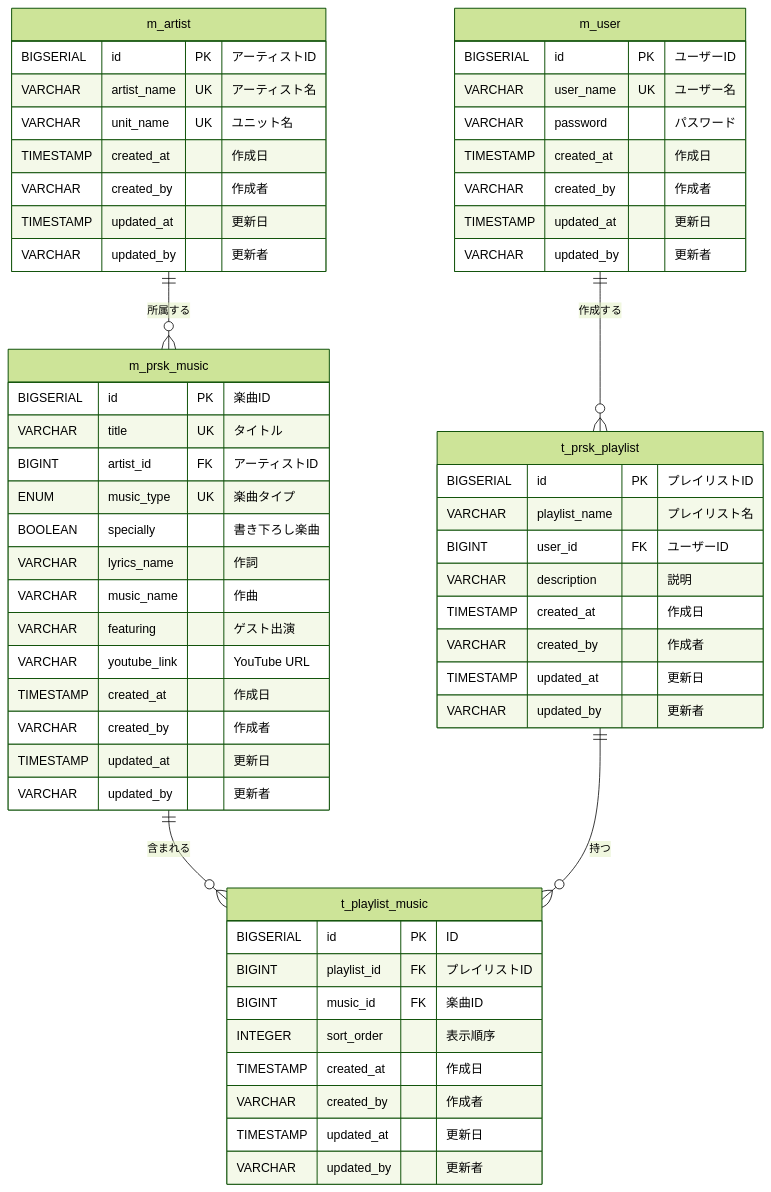
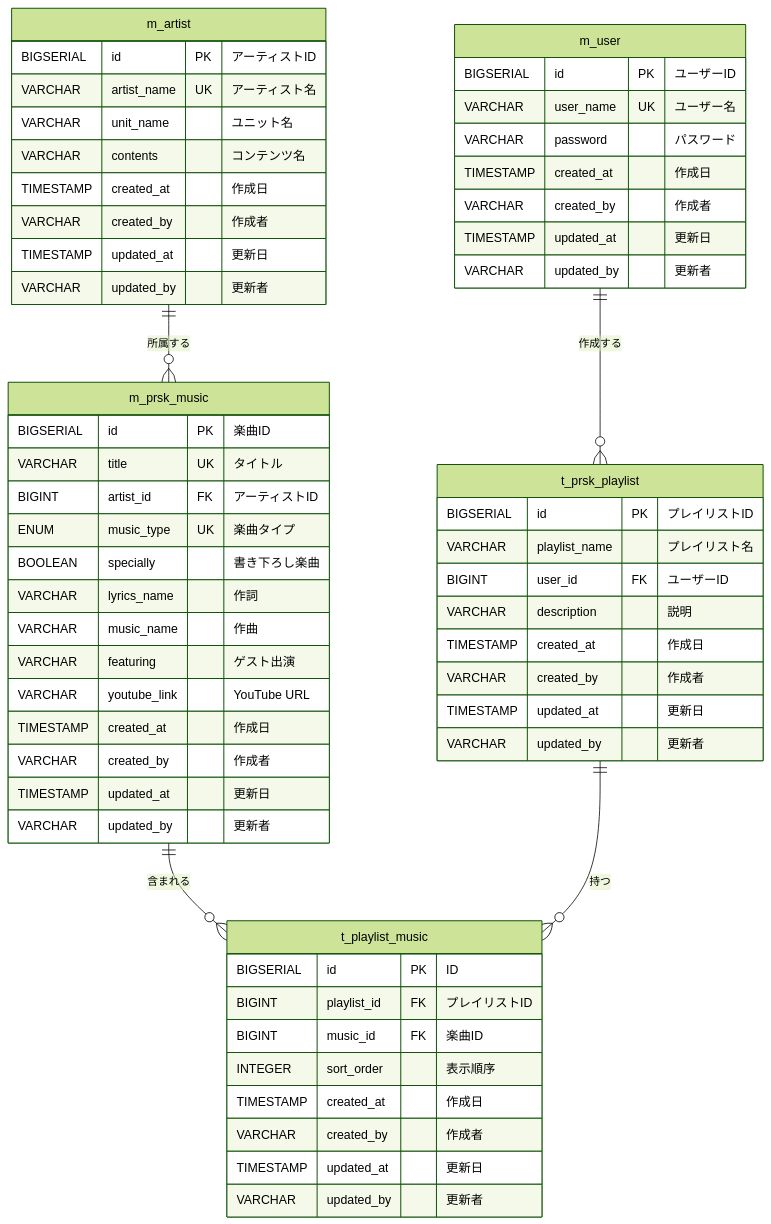
The diagram in doc/spec/entity-relationship-diagram.md (Narumikr/prsk-backend-SToRY), drawn with Mermaid (forest theme) before and after one commit. The commit also changed 16 other files, not shown here.

````diff
--- a/doc/spec/entity-relationship-diagram.md
+++ b/doc/spec/entity-relationship-diagram.md
@@ -3,65 +3,66 @@
 ```mermaid
 erDiagram
     m_user ||--o{ t_prsk_playlist : "作成する"
     m_artist ||--o{ m_prsk_music : "所属する"
     m_prsk_music ||--o{ t_playlist_music : "含まれる"
     t_prsk_playlist ||--o{ t_playlist_music : "持つ"
 
     m_user {
         BIGSERIAL id PK "ユーザーID"
         VARCHAR user_name UK "ユーザー名"
         VARCHAR password "パスワード"
         TIMESTAMP created_at "作成日"
         VARCHAR created_by "作成者"
         TIMESTAMP updated_at "更新日"
         VARCHAR updated_by "更新者"
     }
 
     m_artist {
         BIGSERIAL id PK "アーティストID"
         VARCHAR artist_name UK "アーティスト名"
-        VARCHAR unit_name UK "ユニット名"
+        VARCHAR unit_name "ユニット名"
+        VARCHAR contents "コンテンツ名"
         TIMESTAMP created_at "作成日"
         VARCHAR created_by "作成者"
         TIMESTAMP updated_at "更新日"
         VARCHAR updated_by "更新者"
     }
 
     m_prsk_music {
         BIGSERIAL id PK "楽曲ID"
         VARCHAR title UK "タイトル"
         BIGINT artist_id FK "アーティストID"
         ENUM music_type UK "楽曲タイプ"
         BOOLEAN specially "書き下ろし楽曲"
         VARCHAR lyrics_name "作詞"
         VARCHAR music_name "作曲"
         VARCHAR featuring "ゲスト出演"
         VARCHAR youtube_link "YouTube URL"
         TIMESTAMP created_at "作成日"
         VARCHAR created_by "作成者"
         TIMESTAMP updated_at "更新日"
         VARCHAR updated_by "更新者"
     }
 
     t_prsk_playlist {
         BIGSERIAL id PK "プレイリストID"
         VARCHAR playlist_name "プレイリスト名"
         BIGINT user_id FK "ユーザーID"
         VARCHAR description "説明"
         TIMESTAMP created_at "作成日"
         VARCHAR created_by "作成者"
         TIMESTAMP updated_at "更新日"
         VARCHAR updated_by "更新者"
     }
 
     t_playlist_music {
         BIGSERIAL id PK "ID"
         BIGINT playlist_id FK "プレイリストID"
         BIGINT music_id FK "楽曲ID"
         INTEGER sort_order "表示順序"
         TIMESTAMP created_at "作成日"
         VARCHAR created_by "作成者"
         TIMESTAMP updated_at "更新日"
         VARCHAR updated_by "更新者"
     }
 ```
````
